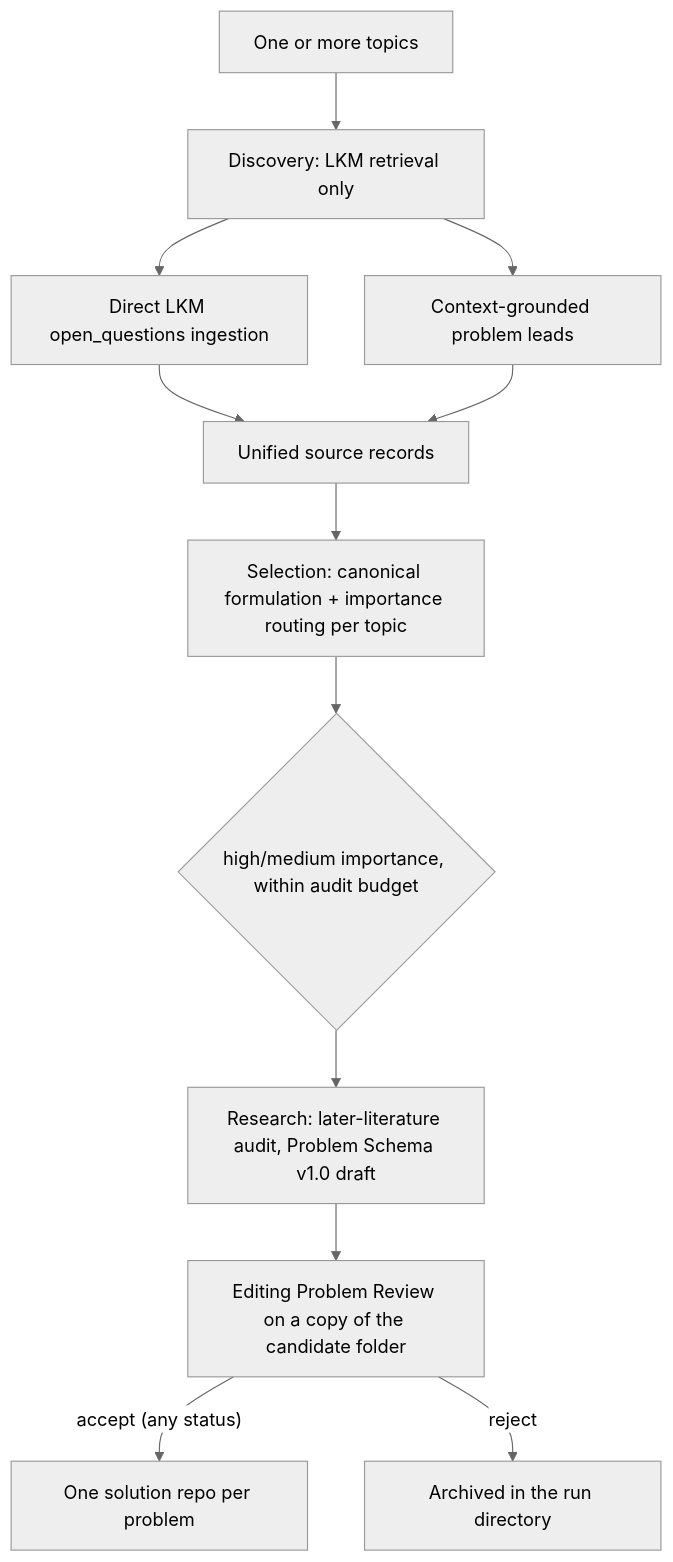
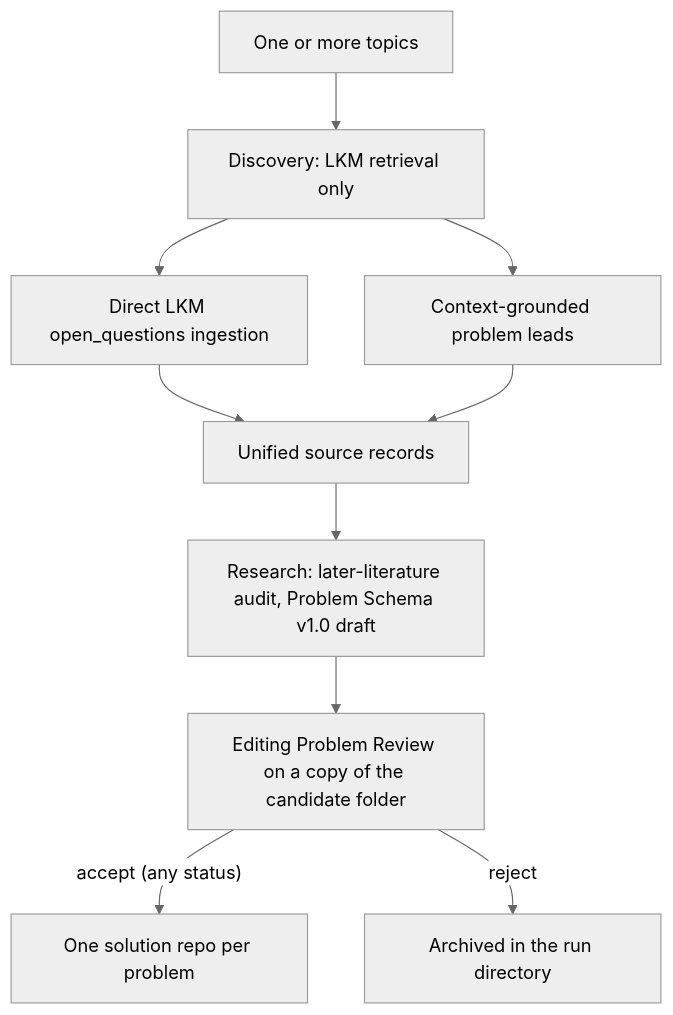
Before and after one commit to kunyuan/open-research-discovery: the diagram in README.md, drawn with Mermaid (neutral theme). The commit also changed other lines of this file and 10 other files, not shown here.

````diff
--- a/README.md
+++ b/README.md
@@ -86,14 +86,12 @@
 ```mermaid
 flowchart TD
     T["One or more topics"] --> D["Discovery: LKM retrieval only"]
     D --> L["Direct LKM open_questions ingestion"]
     D --> C["Context-grounded problem leads"]
     L --> S["Unified source records"]
     C --> S
-    S --> A["Selection: canonical formulation + importance routing per topic"]
-    A --> G{"high/medium importance, within audit budget"}
-    G --> R["Research: later-literature audit, Problem Schema v1.0 draft"]
+    S --> R["Research: later-literature audit, Problem Schema v1.0 draft"]
     R --> P["Editing Problem Review on a copy of the candidate folder"]
     P -->|"accept (any status)"| O["One solution repo per problem"]
     P -->|"reject"| X["Archived in the run directory"]
 ```
````
